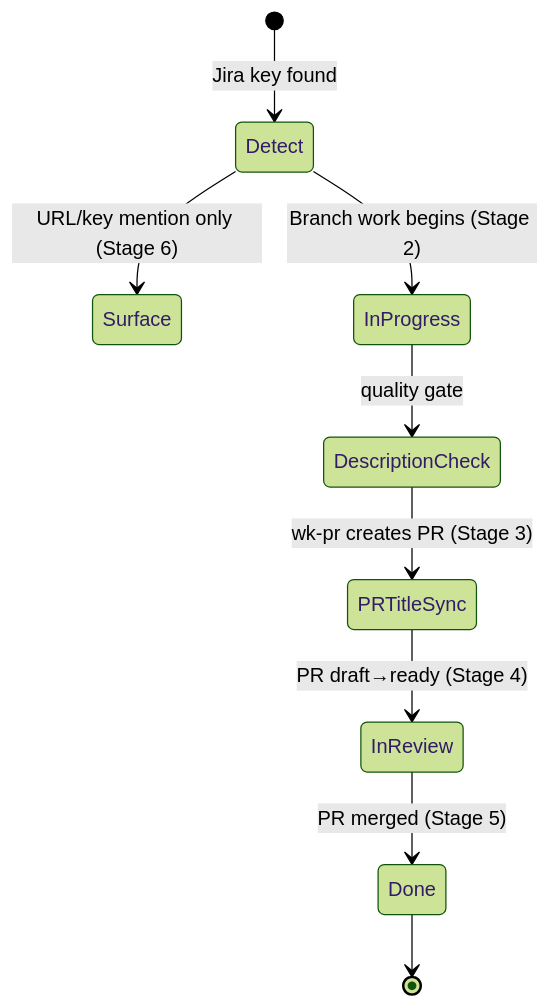
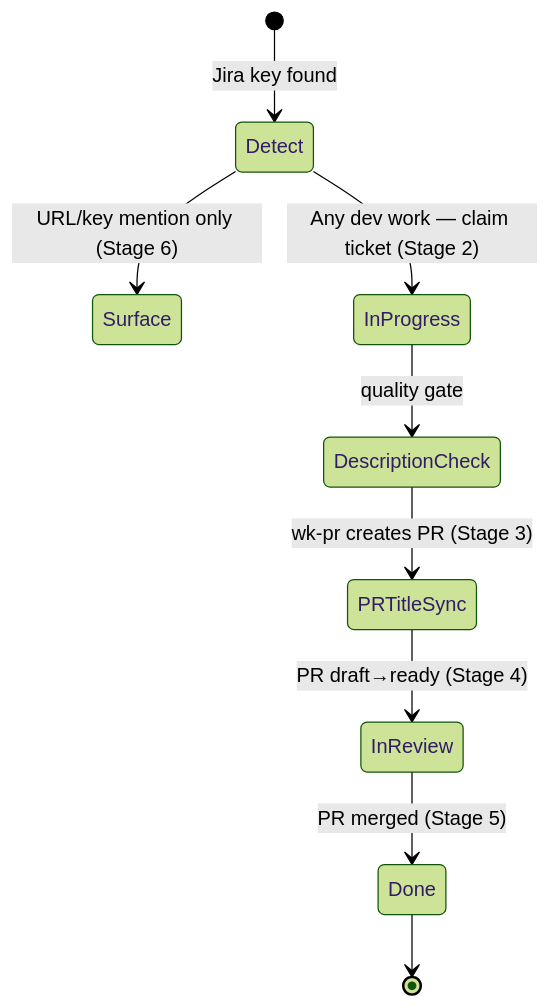
One commit to whizzzkid/skills changed the diagram in skills/jira/README.md. Above: the diagram before and after it, drawn with Mermaid (forest theme). The commit also changed other lines of this file and 2 other files, not shown here.

First line of the commit message:
feat(jira): 🦾 atomic self-healing ticket claim + auto progress comments

````diff
--- a/skills/jira/README.md
+++ b/skills/jira/README.md
@@ -16,11 +16,11 @@
 ```mermaid
 stateDiagram-v2
     [*] --> Detect: Jira key found
     Detect --> Surface: URL/key mention only (Stage 6)
-    Detect --> InProgress: Branch work begins (Stage 2)
+    Detect --> InProgress: Any dev work — claim ticket (Stage 2)
     InProgress --> DescriptionCheck: quality gate
     DescriptionCheck --> PRTitleSync: wk-pr creates PR (Stage 3)
     PRTitleSync --> InReview: PR draft→ready (Stage 4)
     InReview --> Done: PR merged (Stage 5)
     Done --> [*]
 ```
````
